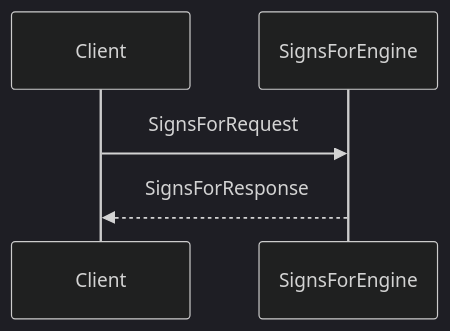
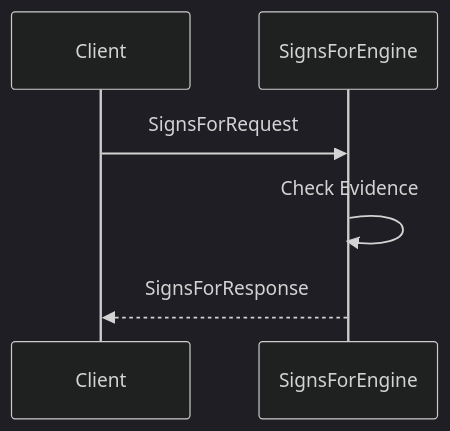
Before and after one commit to anoma/nspec: the first of 2 diagrams in docs/node_architecture/engines/signs_for_overview.juvix.md, drawn with Mermaid (dark theme). The commit also changed other lines of this file and 31 other files, not shown here.

````diff
--- a/docs/node_architecture/engines/signs_for_overview.juvix.md
+++ b/docs/node_architecture/engines/signs_for_overview.juvix.md
@@ -142,8 +154,9 @@
 ```mermaid
 sequenceDiagram
     participant Client
     participant SignsForEngine
 
     Client ->> SignsForEngine: SignsForRequest
+    SignsForEngine ->> SignsForEngine: Check Evidence
     SignsForEngine -->> Client: SignsForResponse
 ```
````
